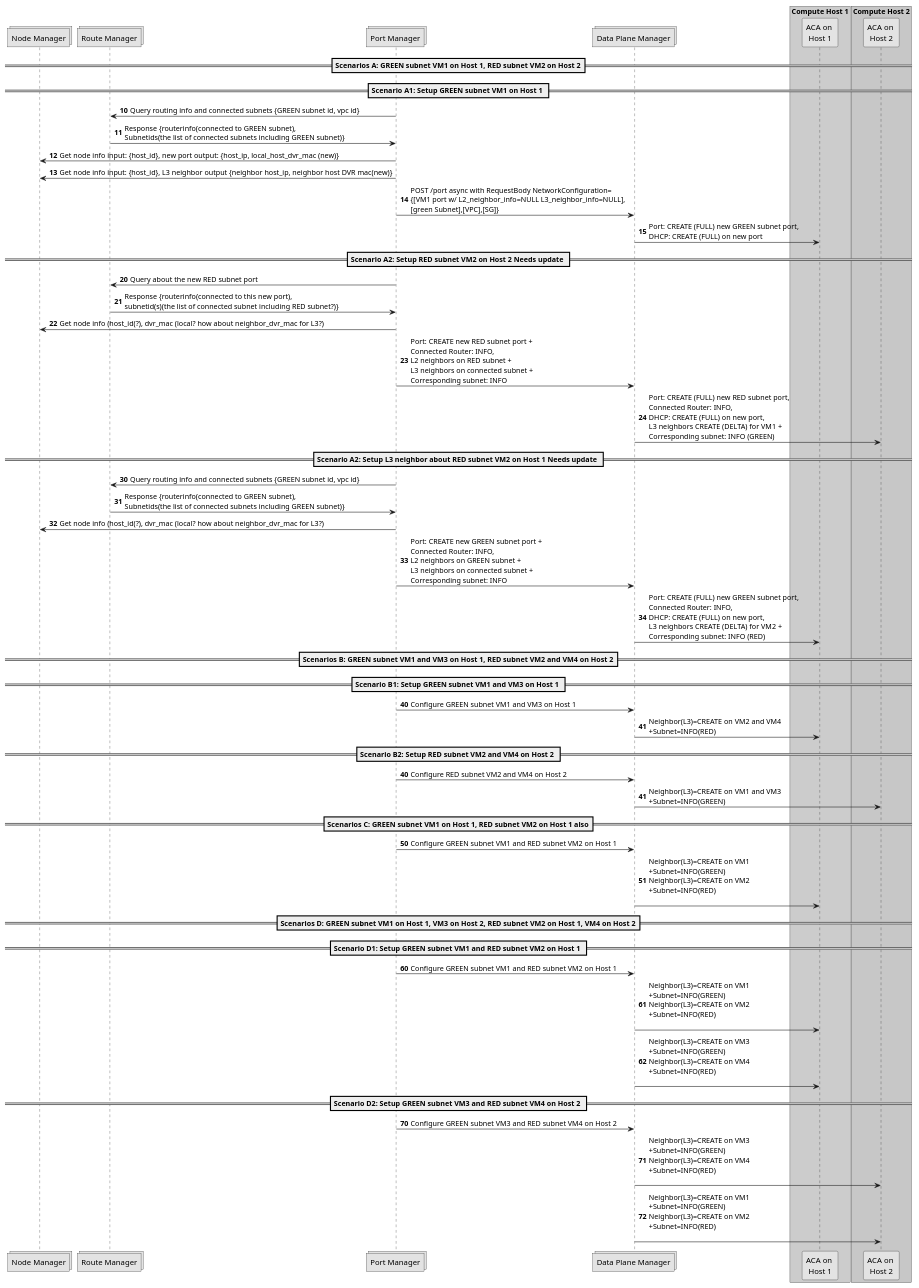
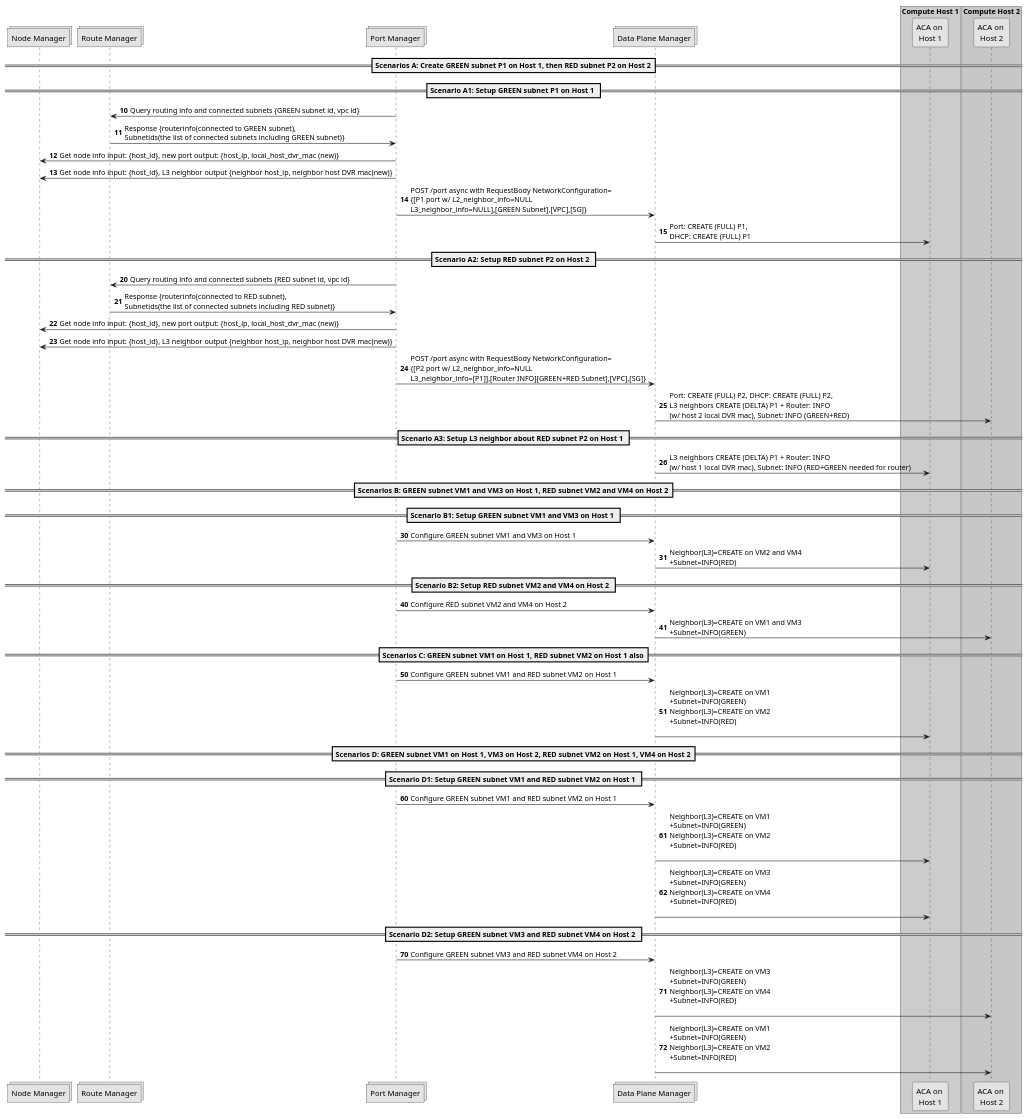
Before and after one commit to futurewei-cloud/alcor: the diagram in docs/modules/ROOT/workflows/router_e2e_workflow.puml, drawn with PlantUML.

Commit message:
complete routing scenario A

```diff
--- a/docs/modules/ROOT/workflows/router_e2e_workflow.puml
+++ b/docs/modules/ROOT/workflows/router_e2e_workflow.puml
@@ -15,81 +15,78 @@
 @startuml
 
 skinparam monochrome true
 
 collections "Node Manager"
 collections "Route Manager"
 collections "Port Manager"
 collections "Data Plane Manager"
 
 box "Compute Host 1" #LightBlue
 participant "ACA on \nHost 1"
 end box
 
 box "Compute Host 2" #LightGreen
 participant "ACA on \nHost 2"
 end box
 
-==Scenarios A: GREEN subnet VM1 on Host 1, RED subnet VM2 on Host 2==
+==Scenarios A: Create GREEN subnet P1 on Host 1, then RED subnet P2 on Host 2==
 
-==Scenario A1: Setup GREEN subnet VM1 on Host 1 ==
+==Scenario A1: Setup GREEN subnet P1 on Host 1 ==
 autonumber 10
 "Port Manager" -> "Route Manager": Query routing info and connected subnets {GREEN subnet id, vpc id}
 "Route Manager" -> "Port Manager": Response {routerinfo(connected to GREEN subnet),\nSubnetids(the list of connected subnets including GREEN subnet)}
 "Port Manager" -> "Node Manager": Get node info input: {host_id}, new port output: {host_ip, local_host_dvr_mac (new)}
 "Port Manager" -> "Node Manager": Get node info input: {host_id}, L3 neighbor output {neighbor host_ip, neighbor host DVR mac(new)}
-"Port Manager" -> "Data Plane Manager": POST /port async with RequestBody NetworkConfiguration=\n{[VM1 port w/ L2_neighbor_info=NULL L3_neighbor_info=NULL],\n[green Subnet],[VPC],[SG]}
-"Data Plane Manager" -> "ACA on \nHost 1": Port: CREATE (FULL) new GREEN subnet port, \nDHCP: CREATE (FULL) on new port
+"Port Manager" -> "Data Plane Manager": POST /port async with RequestBody NetworkConfiguration=\n{[P1 port w/ L2_neighbor_info=NULL \nL3_neighbor_info=NULL],[GREEN Subnet],[VPC],[SG]}
+"Data Plane Manager" -> "ACA on \nHost 1": Port: CREATE (FULL) P1, \nDHCP: CREATE (FULL) P1
 
-==Scenario A2: Setup RED subnet VM2 on Host 2 Needs update ==
+==Scenario A2: Setup RED subnet P2 on Host 2 ==
 autonumber 20
-"Port Manager" -> "Route Manager": Query about the new RED subnet port
-"Route Manager" -> "Port Manager": Response {routerinfo(connected to this new port),\nsubnetid(s)(the list of connected subnet including RED subnet?)}
-"Port Manager" -> "Node Manager": Get node info (host_id(?), dvr_mac (local? how about neighbor_dvr_mac for L3?)
-"Port Manager" -> "Data Plane Manager": Port: CREATE new RED subnet port + \nConnected Router: INFO, \nL2 neighbors on RED subnet + \nL3 neighbors on connected subnet + \nCorresponding subnet: INFO
-"Data Plane Manager" -> "ACA on \nHost 2": Port: CREATE (FULL) new RED subnet port, \nConnected Router: INFO, \nDHCP: CREATE (FULL) on new port, \nL3 neighbors CREATE (DELTA) for VM1 + \nCorresponding subnet: INFO (GREEN)
+"Port Manager" -> "Route Manager": Query routing info and connected subnets {RED subnet id, vpc id}
+"Route Manager" -> "Port Manager": Response {routerinfo(connected to RED subnet),\nSubnetids(the list of connected subnets including RED subnet)}
+"Port Manager" -> "Node Manager": Get node info input: {host_id}, new port output: {host_ip, local_host_dvr_mac (new)}
+"Port Manager" -> "Node Manager": Get node info input: {host_id}, L3 neighbor output {neighbor host_ip, neighbor host DVR mac(new)}
+"Port Manager" -> "Data Plane Manager": POST /port async with RequestBody NetworkConfiguration=\n{[P2 port w/ L2_neighbor_info=NULL \nL3_neighbor_info=[P1]],[Router INFO][GREEN+RED Subnet],[VPC],[SG]}
+"Data Plane Manager" -> "ACA on \nHost 2": Port: CREATE (FULL) P2, DHCP: CREATE (FULL) P2, \nL3 neighbors CREATE (DELTA) P1 + Router: INFO \n(w/ host 2 local DVR mac), Subnet: INFO (GREEN+RED)
 
-==Scenario A2: Setup L3 neighbor about RED subnet VM2 on Host 1 Needs update ==
-autonumber 30
-"Port Manager" -> "Route Manager": Query routing info and connected subnets {GREEN subnet id, vpc id}
-"Route Manager" -> "Port Manager": Response {routerinfo(connected to GREEN subnet),\nSubnetids(the list of connected subnets including GREEN subnet)}
-"Port Manager" -> "Node Manager": Get node info (host_id(?), dvr_mac (local? how about neighbor_dvr_mac for L3?)
-"Port Manager" -> "Data Plane Manager": Port: CREATE new GREEN subnet port + \nConnected Router: INFO, \nL2 neighbors on GREEN subnet + \nL3 neighbors on connected subnet + \nCorresponding subnet: INFO
-"Data Plane Manager" -> "ACA on \nHost 1": Port: CREATE (FULL) new GREEN subnet port, \nConnected Router: INFO, \nDHCP: CREATE (FULL) on new port, \nL3 neighbors CREATE (DELTA) for VM2 + \nCorresponding subnet: INFO (RED)
+==Scenario A3: Setup L3 neighbor about RED subnet P2 on Host 1 ==
+"Data Plane Manager" -> "ACA on \nHost 1": L3 neighbors CREATE (DELTA) P1 + Router: INFO \n(w/ host 1 local DVR mac), Subnet: INFO (RED+GREEN needed for router)
+
 
 ==Scenarios B: GREEN subnet VM1 and VM3 on Host 1, RED subnet VM2 and VM4 on Host 2==
 
 ==Scenario B1: Setup GREEN subnet VM1 and VM3 on Host 1 ==
-autonumber 40
+autonumber 30
 "Port Manager" -> "Data Plane Manager": Configure GREEN subnet VM1 and VM3 on Host 1
 "Data Plane Manager" -> "ACA on \nHost 1": Neighbor(L3)=CREATE on VM2 and VM4\n+Subnet=INFO(RED)
 
 ==Scenario B2: Setup RED subnet VM2 and VM4 on Host 2 ==
 autonumber 40
 "Port Manager" -> "Data Plane Manager": Configure RED subnet VM2 and VM4 on Host 2
 "Data Plane Manager" -> "ACA on \nHost 2": Neighbor(L3)=CREATE on VM1 and VM3\n+Subnet=INFO(GREEN)
 
 
 ==Scenarios C: GREEN subnet VM1 on Host 1, RED subnet VM2 on Host 1 also==
 
 autonumber 50
 "Port Manager" -> "Data Plane Manager": Configure GREEN subnet VM1 and RED subnet VM2 on Host 1
 "Data Plane Manager" -> "ACA on \nHost 1": Neighbor(L3)=CREATE on VM1\n+Subnet=INFO(GREEN)\nNeighbor(L3)=CREATE on VM2\n+Subnet=INFO(RED)\n
 
 
 ==Scenarios D: GREEN subnet VM1 on Host 1, VM3 on Host 2, RED subnet VM2 on Host 1, VM4 on Host 2==
 
 ==Scenario D1: Setup GREEN subnet VM1 and RED subnet VM2 on Host 1 ==
 autonumber 60
 "Port Manager" -> "Data Plane Manager": Configure GREEN subnet VM1 and RED subnet VM2 on Host 1
 "Data Plane Manager" -> "ACA on \nHost 1": Neighbor(L3)=CREATE on VM1\n+Subnet=INFO(GREEN)\nNeighbor(L3)=CREATE on VM2\n+Subnet=INFO(RED)\n
 "Data Plane Manager" -> "ACA on \nHost 1": Neighbor(L3)=CREATE on VM3\n+Subnet=INFO(GREEN)\nNeighbor(L3)=CREATE on VM4\n+Subnet=INFO(RED)\n
 
 ==Scenario D2: Setup GREEN subnet VM3 and RED subnet VM4 on Host 2 ==
 autonumber 70
 "Port Manager" -> "Data Plane Manager": Configure GREEN subnet VM3 and RED subnet VM4 on Host 2
 "Data Plane Manager" -> "ACA on \nHost 2": Neighbor(L3)=CREATE on VM3\n+Subnet=INFO(GREEN)\nNeighbor(L3)=CREATE on VM4\n+Subnet=INFO(RED)\n
 "Data Plane Manager" -> "ACA on \nHost 2": Neighbor(L3)=CREATE on VM1\n+Subnet=INFO(GREEN)\nNeighbor(L3)=CREATE on VM2\n+Subnet=INFO(RED)\n
 
 
 
 @enduml
```
